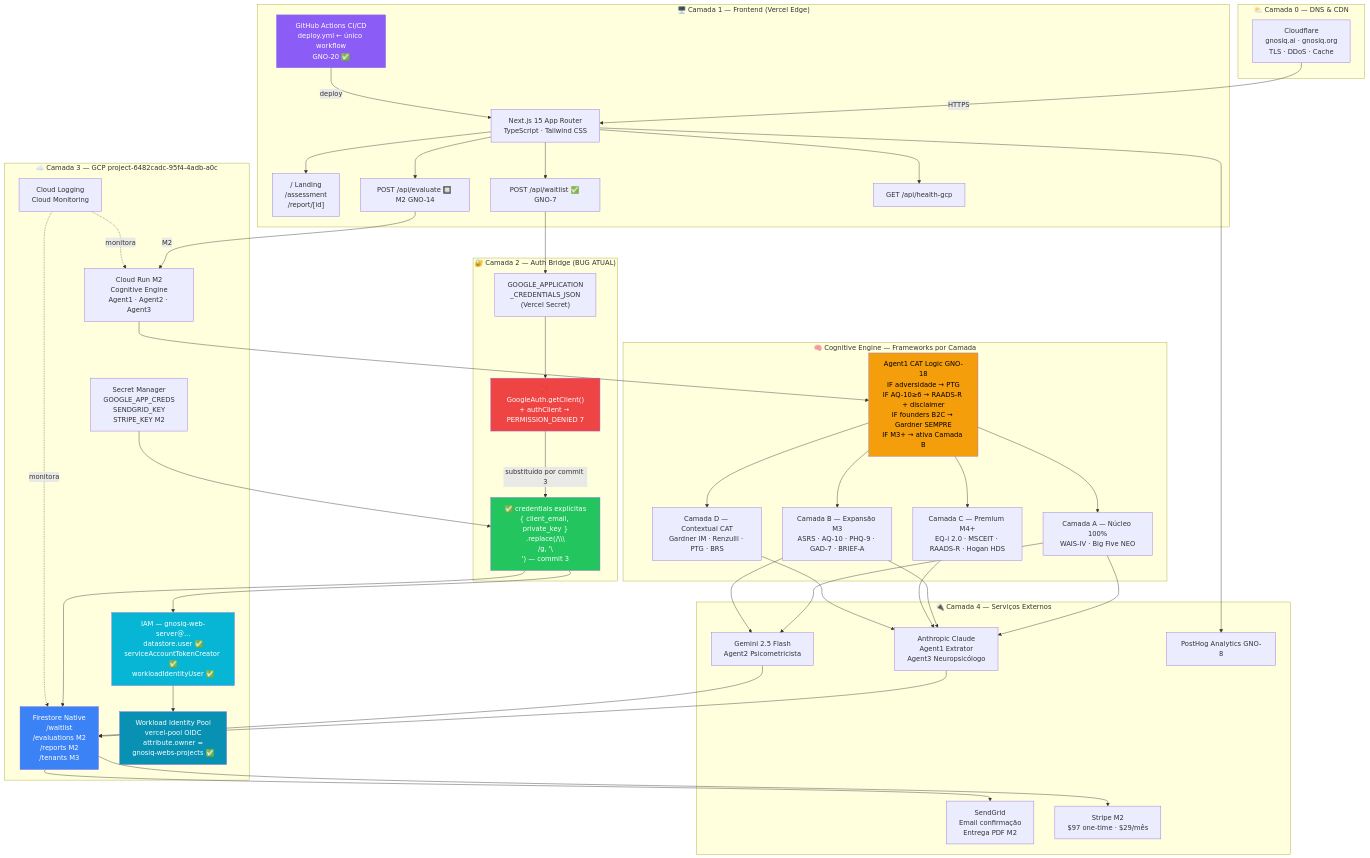
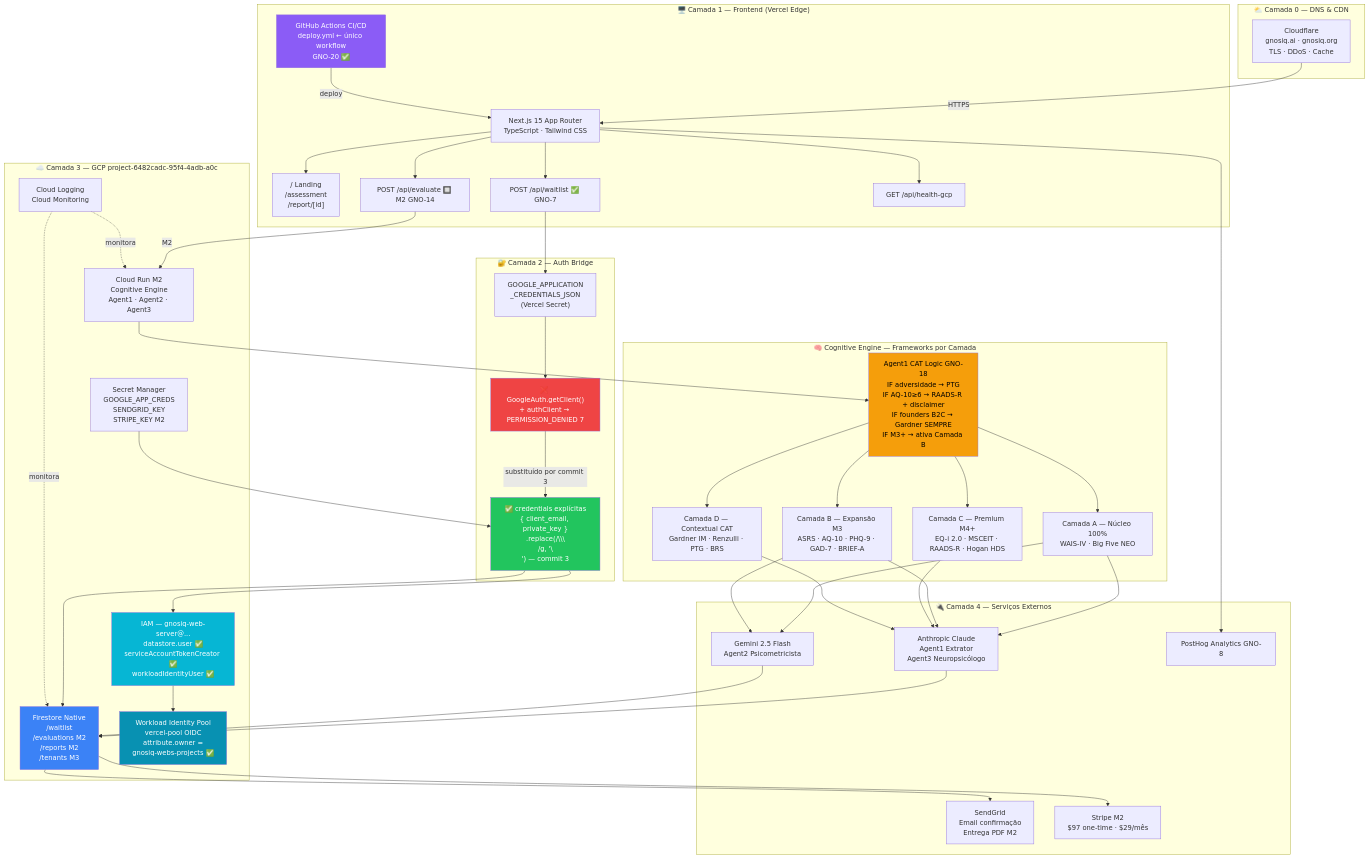
The diagram in docs/architecture/architecture-v1.mmd (gnosiqai/gnosiq-web), drawn with Mermaid before and after one commit.

Commit message:
docs: remove (BUG ATUAL) label from architecture diagram L2

```diff
--- a/docs/architecture/architecture-v1.mmd
+++ b/docs/architecture/architecture-v1.mmd
@@ -1,76 +1,76 @@
 flowchart TD
     subgraph L0["⛅ Camada 0 — DNS & CDN"]
         CF["Cloudflare\ngnosiq.ai · gnosiq.org\nTLS · DDoS · Cache"]
     end
 
     subgraph L1["🖥️ Camada 1 — Frontend (Vercel Edge)"]
         NEXT["Next.js 15 App Router\nTypeScript · Tailwind CSS"]
         PAGES["/ Landing\n/assessment\n/report/[id]"]
         API_W["POST /api/waitlist ✅ GNO-7"]
         API_E["POST /api/evaluate 🔲 M2 GNO-14"]
         API_H["GET /api/health-gcp"]
         GHA["GitHub Actions CI/CD\ndeploy.yml ← único workflow\nGNO-20 ✅"]
     end
 
-    subgraph L2["🔐 Camada 2 — Auth Bridge (BUG ATUAL)"]
+    subgraph L2["🔐 Camada 2 — Auth Bridge"]
         ENV["GOOGLE_APPLICATION\n_CREDENTIALS_JSON\n(Vercel Secret)"]
         BUG["❌ GoogleAuth.getClient()\n+ authClient → PERMISSION_DENIED 7"]
         FIX["✅ credentials explícitas\n{ client_email, private_key }\n.replace(/\\\\n/g, '\\n') — commit 3"]
     end
 
     subgraph L3["☁️ Camada 3 — GCP project-6482cadc-95f4-4adb-a0c"]
         FS["Firestore Native\n/waitlist\n/evaluations M2\n/reports M2\n/tenants M3"]
         SM["Secret Manager\nGOOGLE_APP_CREDS\nSENDGRID_KEY\nSTRIPE_KEY M2"]
         IAM["IAM — gnosiq-web-server@...\ndatastore.user ✅\nserviceAccountTokenCreator ✅\nworkloadIdentityUser ✅"]
         WIP["Workload Identity Pool\nvercel-pool OIDC\nattribute.owner =\ngnosiq-webs-projects ✅"]
         CR["Cloud Run M2\nCognitive Engine\nAgent1 · Agent2 · Agent3"]
         LOG["Cloud Logging\nCloud Monitoring"]
     end
 
     subgraph L4["🔌 Camada 4 — Serviços Externos"]
         CLAUDE["Anthropic Claude\nAgent1 Extrator\nAgent3 Neuropsicólogo"]
         GEMINI["Gemini 2.5 Flash\nAgent2 Psicometricista"]
         SG["SendGrid\nEmail confirmação\nEntrega PDF M2"]
         STRIPE["Stripe M2\n$97 one-time · $29/mês"]
         PH["PostHog Analytics GNO-8"]
     end
 
     subgraph CE["🧠 Cognitive Engine — Frameworks por Camada"]
         CA["Camada A — Núcleo 100%\nWAIS-IV · Big Five NEO"]
         CB["Camada B — Expansão M3\nASRS · AQ-10 · PHQ-9 · GAD-7 · BRIEF-A"]
         CC["Camada C — Premium M4+\nEQ-i 2.0 · MSCEIT · RAADS-R · Hogan HDS"]
         CD["Camada D — Contextual CAT\nGardner IM · Renzulli · PTG · BRS"]
         AG1["Agent1 CAT Logic GNO-18\nIF adversidade → PTG\nIF AQ-10≥6 → RAADS-R + disclaimer\nIF founders B2C → Gardner SEMPRE\nIF M3+ → ativa Camada B"]
     end
 
     CF -->|HTTPS| NEXT
     NEXT --> PAGES & API_W & API_E & API_H
     GHA -->|deploy| NEXT
 
     API_W --> ENV
     ENV --> BUG
     BUG -->|substituído por commit 3| FIX
     FIX --> FS
     FIX --> IAM
     IAM --> WIP
     SM --> FIX
 
     API_E -->|M2| CR
     CR --> AG1
     AG1 --> CA & CB & CC & CD
     CA & CB & CC & CD --> CLAUDE
     CA & CB --> GEMINI
     CLAUDE & GEMINI --> FS
 
     FS --> SG & STRIPE
     NEXT --> PH
     LOG -.->|monitora| FS
     LOG -.->|monitora| CR
 
     style BUG fill:#ef4444,color:#fff
     style FIX fill:#22c55e,color:#fff
     style GHA fill:#8b5cf6,color:#fff
     style AG1 fill:#f59e0b,color:#000
     style FS fill:#3b82f6,color:#fff
     style IAM fill:#06b6d4,color:#fff
     style WIP fill:#0891b2,color:#fff
```
